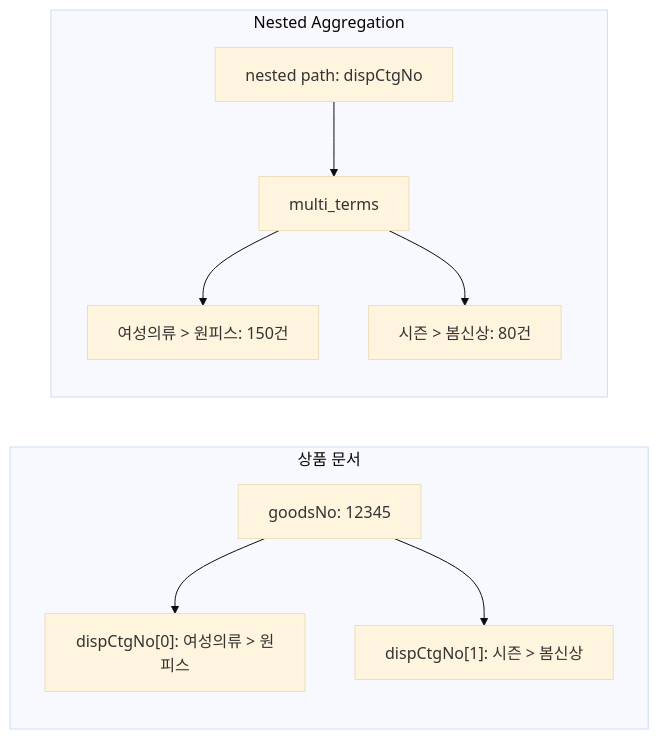
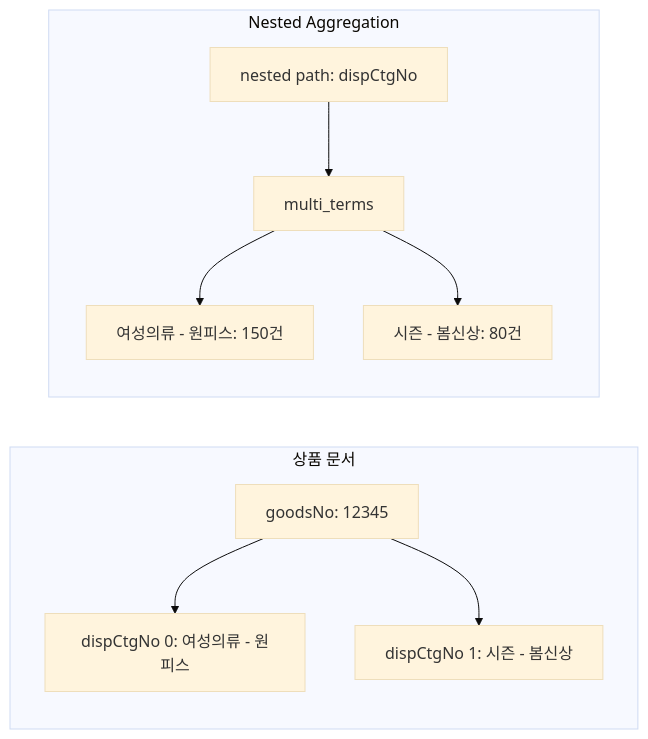
Before and after one commit to SonAIengine/sonblog: the second of 4 diagrams in docs/search-engine/Rust 검색 엔진/OpenSearch-Aggregation-검색-구현-및-에러-핸들링-전략.md, drawn with Mermaid (base theme). The commit also changed other lines of this file and 10 other files, not shown here.

Commit message:
mermaid 다이어그램 전체 수정: mermaid 11.x 호환성 문제 해결

````diff
--- a/docs/search-engine/Rust 검색 엔진/OpenSearch-Aggregation-검색-구현-및-에러-핸들링-전략.md
+++ b/docs/search-engine/Rust 검색 엔진/OpenSearch-Aggregation-검색-구현-및-에러-핸들링-전략.md
@@ -147,14 +147,14 @@
 ```mermaid
-graph LR
-    subgraph "상품 문서"
-        Product[goodsNo: 12345]
-        Product --> Cat1["dispCtgNo[0]: 여성의류 > 원피스"]
-        Product --> Cat2["dispCtgNo[1]: 시즌 > 봄신상"]
+flowchart LR
+    subgraph 상품_문서["상품 문서"]
+        Product["goodsNo: 12345"]
+        Product --> Cat1["dispCtgNo 0: 여성의류 - 원피스"]
+        Product --> Cat2["dispCtgNo 1: 시즌 - 봄신상"]
     end
-    
-    subgraph "Nested Aggregation"
-        NA[nested path: dispCtgNo] --> MT[multi_terms]
-        MT --> Result1["여성의류 > 원피스: 150건"]
-        MT --> Result2["시즌 > 봄신상: 80건"]
+
+    subgraph Nested_Agg["Nested Aggregation"]
+        NA["nested path: dispCtgNo"] --> MT[multi_terms]
+        MT --> Result1["여성의류 - 원피스: 150건"]
+        MT --> Result2["시즌 - 봄신상: 80건"]
     end
 ```
````
